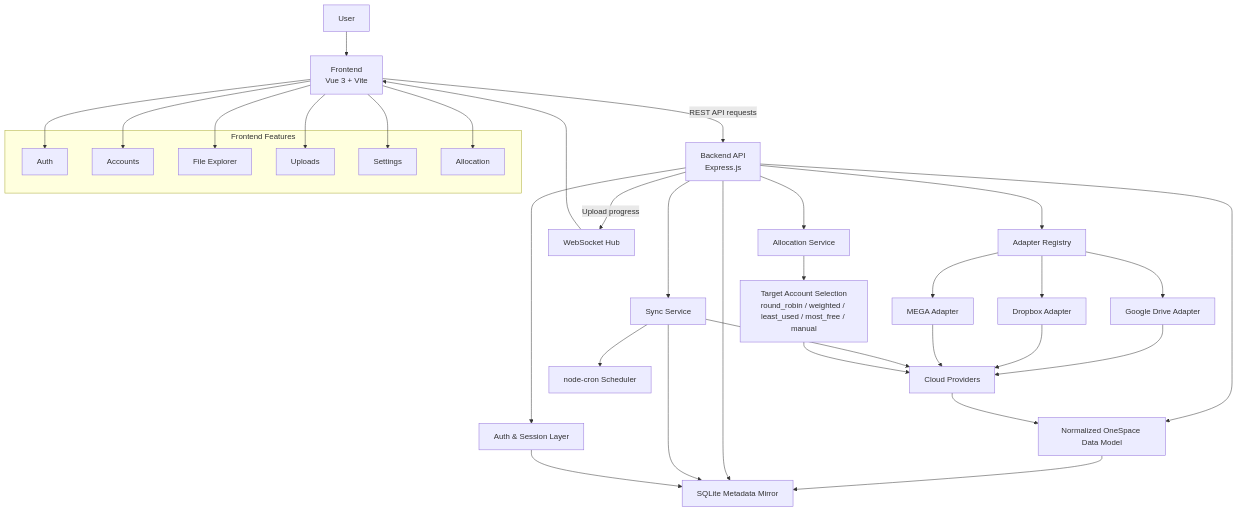
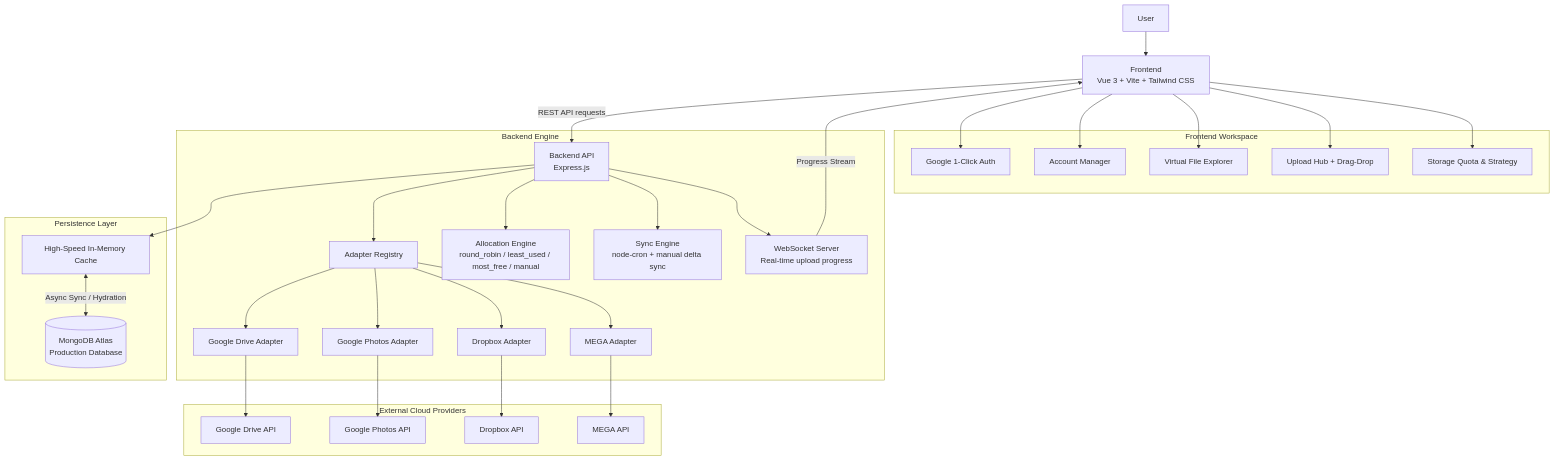
Before and after one commit to chandanraj-03/OneSpace: the diagram in README.md, drawn with Mermaid. The commit also changed other lines of this file and 4 other files, not shown here.

````diff
--- a/README.md
+++ b/README.md
@@ -92,51 +84,45 @@
 ```mermaid
 flowchart TD
-    U[User] --> F[Frontend<br/>Vue 3 + Vite]
+    U[User] --> F[Frontend<br/>Vue 3 + Vite + Tailwind CSS]
     F -->|REST API requests| B[Backend API<br/>Express.js]
 
-    subgraph Frontend Features
-        F1[Auth]
-        F2[Accounts]
-        F3[File Explorer]
-        F4[Uploads]
-        F5[Settings]
-        F6[Allocation]
+    subgraph Frontend Workspace
+        F1[Google 1-Click Auth]
+        F2[Account Manager]
+        F3[Virtual File Explorer]
+        F4[Upload Hub + Drag-Drop]
+        F5[Storage Quota & Strategy]
     end
 
     F --> F1
     F --> F2
     F --> F3
     F --> F4
     F --> F5
-    F --> F6
 
-    B --> A[Adapter Registry]
-    A --> G[Google Drive Adapter]
-    A --> D[Dropbox Adapter]
-    A --> M[MEGA Adapter]
+    subgraph Backend Engine
+        B --> A[Adapter Registry]
+        A --> G[Google Drive Adapter]
+        A --> GP[Google Photos Adapter]
+        A --> D[Dropbox Adapter]
+        A --> M[MEGA Adapter]
 
-    G --> CP[Cloud Providers]
-    D --> CP
-    M --> CP
+        B --> AL[Allocation Engine<br/>round_robin / least_used / most_free / manual]
+        B --> SY[Sync Engine<br/>node-cron + manual delta sync]
+        B --> WS[WebSocket Server<br/>Real-time upload progress]
+    end
 
-    B --> N[Normalized OneSpace Data Model]
-    CP --> N
+    subgraph External Cloud Providers
+        G --> C1[Google Drive API]
+        GP --> C2[Google Photos API]
+        D --> C3[Dropbox API]
+        M --> C4[MEGA API]
+    end
 
-    N --> DB[SQLite Metadata Mirror]
-    B --> DB
+    subgraph Persistence Layer
+        B --> MEM[High-Speed In-Memory Cache]
+        MEM <-->|Async Sync / Hydration| MONGO[(MongoDB Atlas<br/>Production Database)]
+    end
 
-    B -->|Upload progress| WS[WebSocket Hub]
-    WS --> F
-
-    B --> SY[Sync Service]
-    SY --> CRON[node-cron Scheduler]
-    SY --> CP
-    SY --> DB
-
-    B --> AL[Allocation Service]
-    AL --> ACC[Target Account Selection<br/>round_robin / weighted / least_used / most_free / manual]
-    ACC --> CP
-
-    B --> AU[Auth & Session Layer]
-    AU --> DB
+    WS -->|Progress Stream| F
 ```
````
